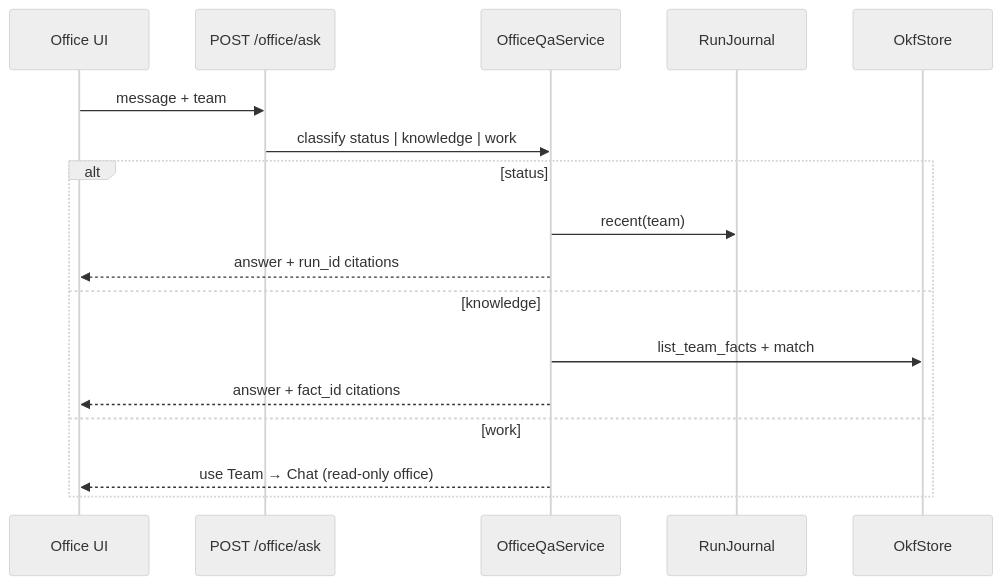
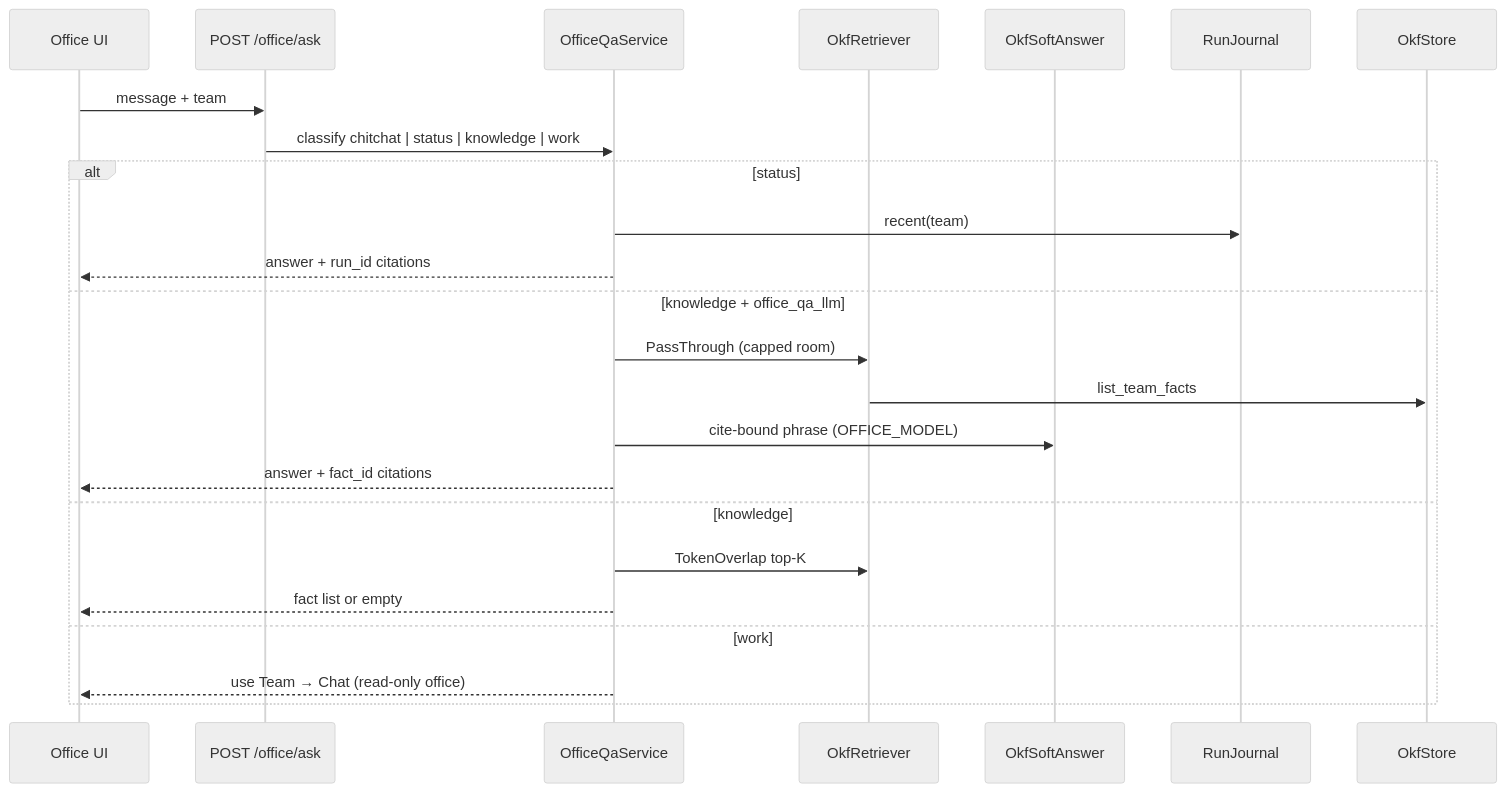
The first of 5 diagrams in docs/architecture/12_OFFICE_QA.md (abhishekjasani/AgentAnyStack), drawn with Mermaid (neutral theme) before and after one commit. The commit also changed other lines of this file and 6 other files, not shown here.

Commit message:
feat: implement OKF retrieval and soft answer functionality; update orchestrator configuration for improved performance

````diff
--- a/docs/architecture/12_OFFICE_QA.md
+++ b/docs/architecture/12_OFFICE_QA.md
@@ -5,20 +5,27 @@
 ```mermaid
 sequenceDiagram
     participant UI as Office UI
     participant API as POST /office/ask
     participant QA as OfficeQaService
+    participant R as OkfRetriever
+    participant S as OkfSoftAnswer
     participant J as RunJournal
     participant OKF as OkfStore
 
     UI->>API: message + team
-    API->>QA: classify status | knowledge | work
+    API->>QA: classify chitchat | status | knowledge | work
     alt status
         QA->>J: recent(team)
         QA-->>UI: answer + run_id citations
+    else knowledge + office_qa_llm
+        QA->>R: PassThrough (capped room)
+        R->>OKF: list_team_facts
+        QA->>S: cite-bound phrase (OFFICE_MODEL)
+        QA-->>UI: answer + fact_id citations
     else knowledge
-        QA->>OKF: list_team_facts + match
-        QA-->>UI: answer + fact_id citations
+        QA->>R: TokenOverlap top-K
+        QA-->>UI: fact list or empty
     else work
         QA-->>UI: use Team → Chat (read-only office)
     end
 ```
````
